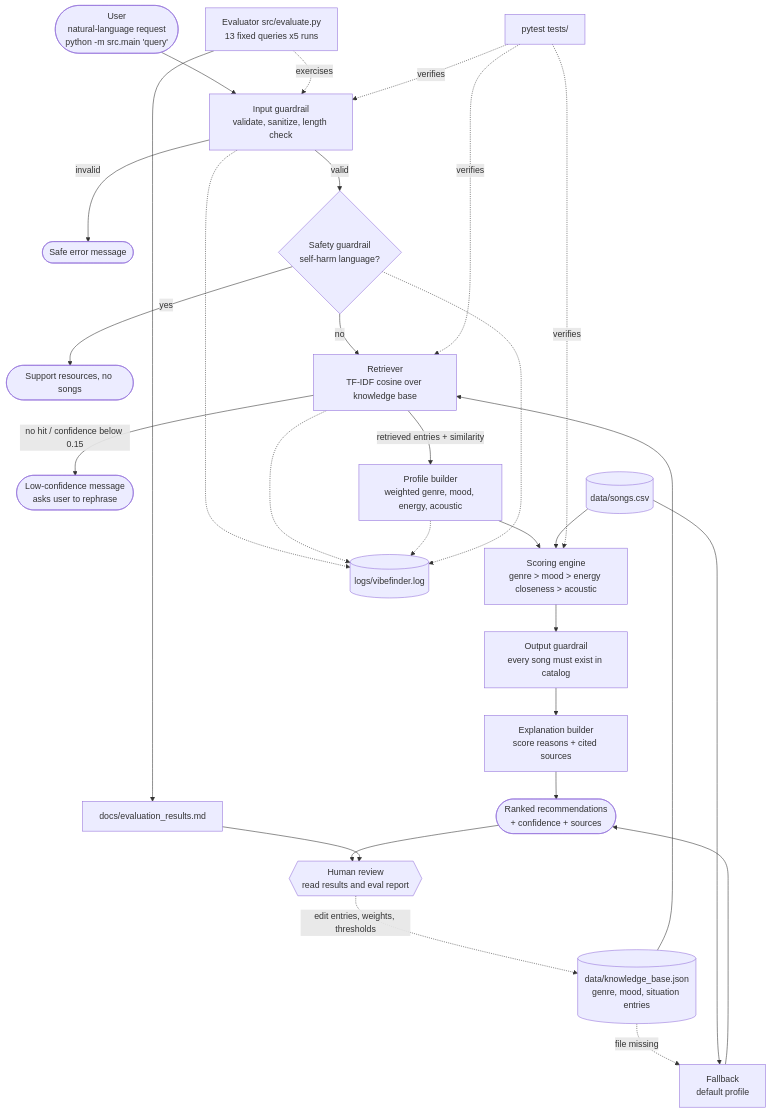
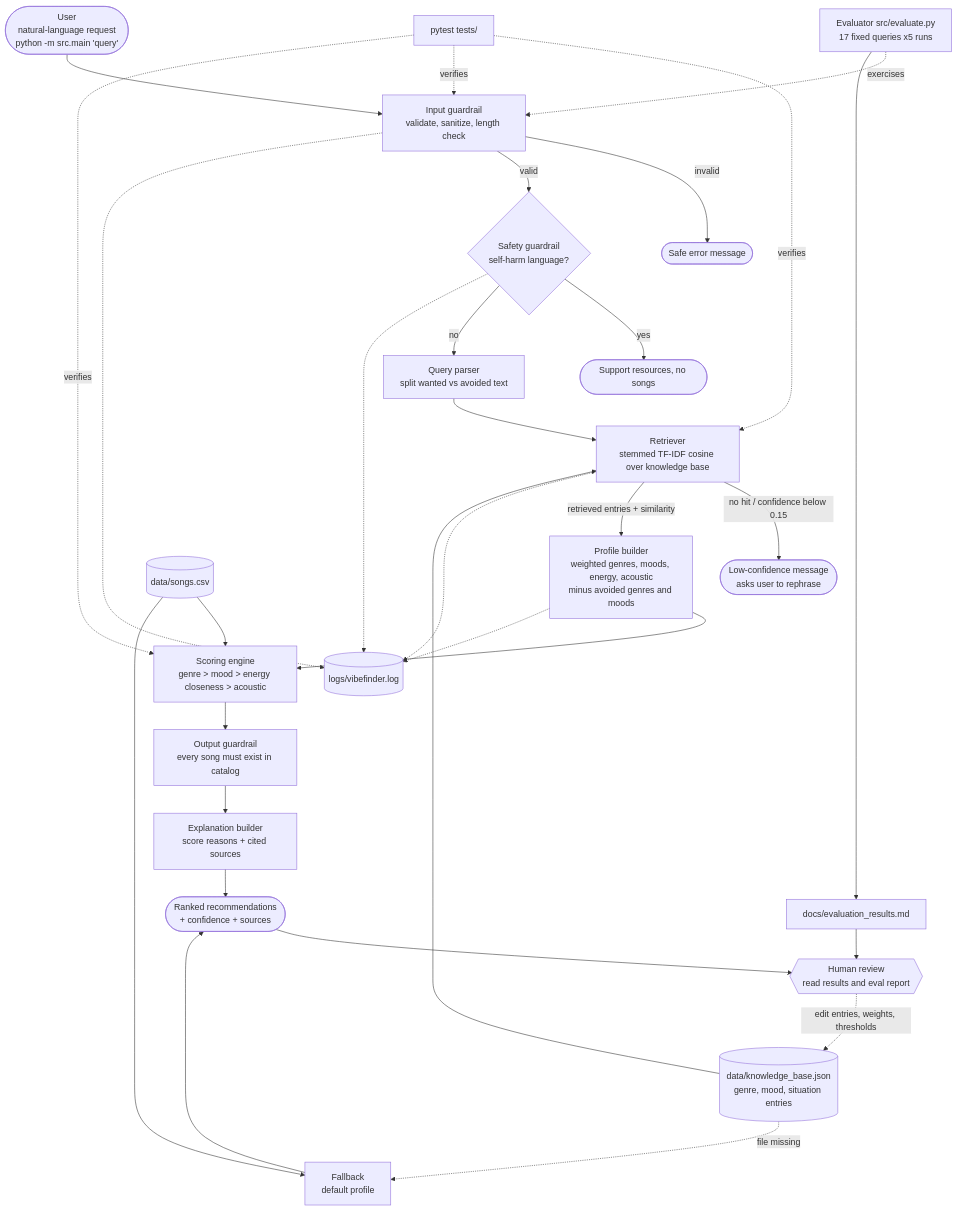
The diagram in diagrams/architecture.mmd (ferihao/applied-ai-system-final), drawn with Mermaid before and after one commit. The commit also changed 8 other files, not shown here.

```diff
--- a/diagrams/architecture.mmd
+++ b/diagrams/architecture.mmd
@@ -1,38 +1,39 @@
 flowchart TD
     %% INPUT
     U([User<br/>natural-language request<br/>python -m src.main 'query']) --> G1[Input guardrail<br/>validate, sanitize, length check]
     G1 -- invalid --> ERR([Safe error message])
     G1 -- valid --> SAFE{Safety guardrail<br/>self-harm language?}
     SAFE -- yes --> HELP([Support resources, no songs])
 
     %% RETRIEVAL
-    SAFE -- no --> RET[Retriever<br/>TF-IDF cosine over knowledge base]
+    SAFE -- no --> QP[Query parser<br/>split wanted vs avoided text]
+    QP --> RET[Retriever<br/>stemmed TF-IDF cosine over knowledge base]
     KB[(data/knowledge_base.json<br/>genre, mood, situation entries)] --> RET
     RET -- no hit / confidence below 0.15 --> LOW([Low-confidence message<br/>asks user to rephrase])
     KB -. file missing .-> FB[Fallback<br/>default profile]
 
     %% GENERATION
-    RET -- retrieved entries + similarity --> PROF[Profile builder<br/>weighted genre, mood, energy, acoustic]
+    RET -- retrieved entries + similarity --> PROF[Profile builder<br/>weighted genres, moods, energy, acoustic<br/>minus avoided genres and moods]
     PROF --> SC[Scoring engine<br/>genre > mood > energy closeness > acoustic]
     SONGS[(data/songs.csv)] --> SC
     SONGS --> FB
     SC --> G2[Output guardrail<br/>every song must exist in catalog]
     G2 --> EXP[Explanation builder<br/>score reasons + cited sources]
     FB --> OUT
     EXP --> OUT([Ranked recommendations<br/>+ confidence + sources])
 
     %% LOGGING
     G1 -.-> LOG[(logs/vibefinder.log)]
     RET -.-> LOG
     PROF -.-> LOG
     SAFE -.-> LOG
 
     %% TESTING AND HUMAN REVIEW
-    EVAL[Evaluator src/evaluate.py<br/>13 fixed queries x5 runs] -. exercises .-> G1
+    EVAL[Evaluator src/evaluate.py<br/>17 fixed queries x5 runs] -. exercises .-> G1
     EVAL --> REP[docs/evaluation_results.md]
     UT[pytest tests/] -. verifies .-> RET
     UT -. verifies .-> G1
     UT -. verifies .-> SC
     OUT --> H{{Human review<br/>read results and eval report}}
     REP --> H
     H -. edit entries, weights, thresholds .-> KB
```
